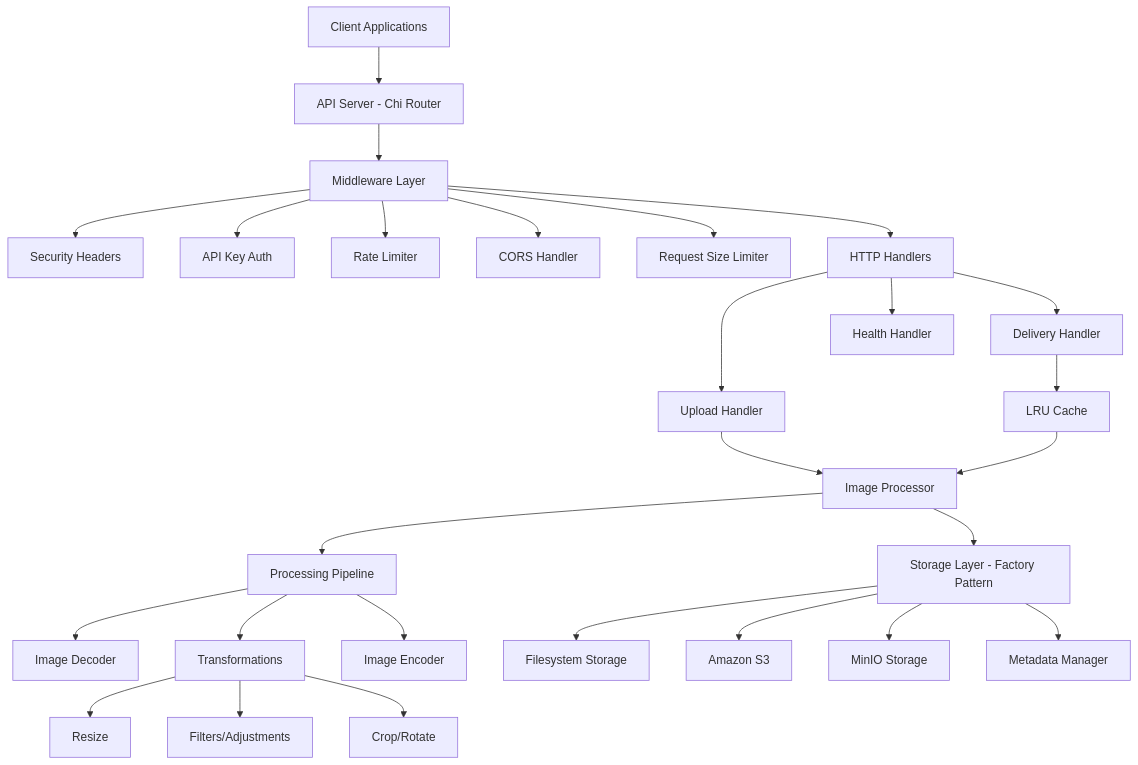
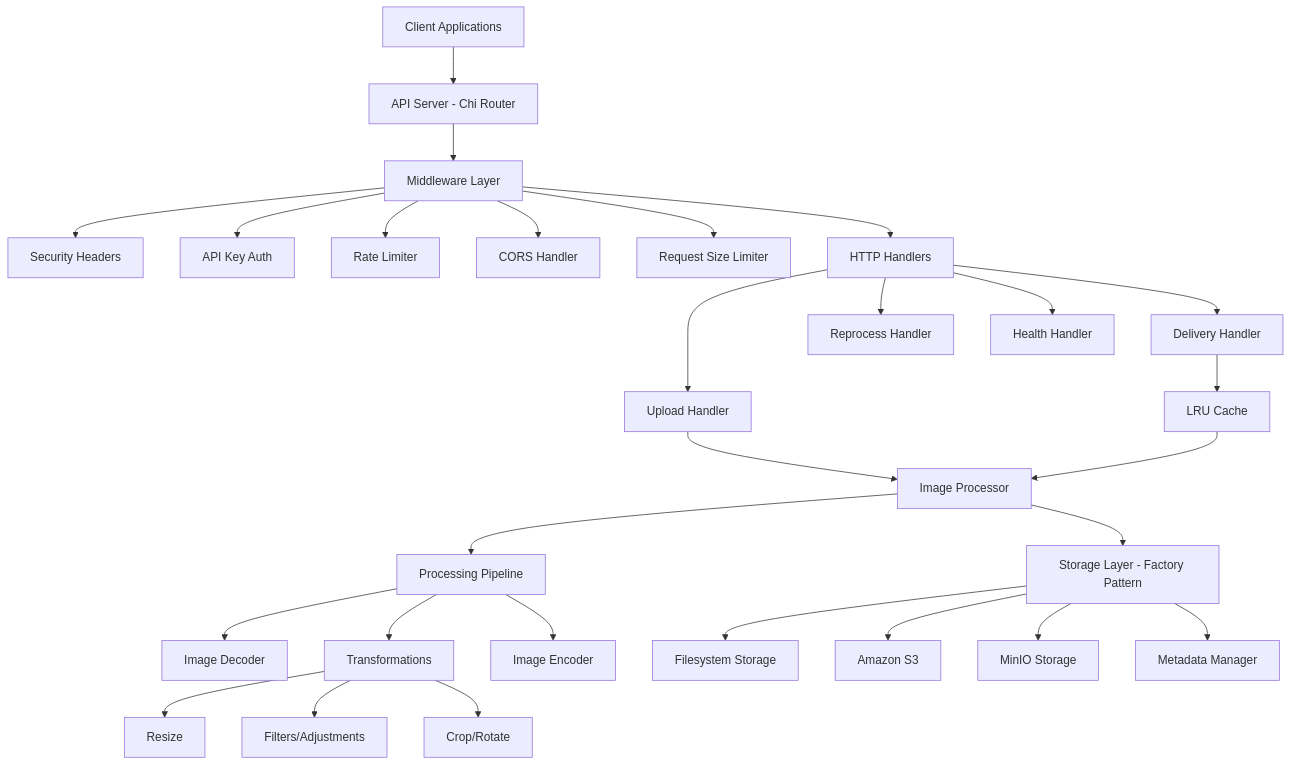
The diagram in README.md (birdple/falco), drawn with Mermaid before and after one commit. The commit also changed other lines of this file and 6 other files, not shown here.

````diff
--- a/README.md
+++ b/README.md
@@ -719,36 +812,37 @@
 ```mermaid
 graph TB
     Client[Client Applications] --> API[API Server - Chi Router]
 
     API --> MW[Middleware Layer]
     MW --> Security[Security Headers]
     MW --> Auth[API Key Auth]
     MW --> RateLimit[Rate Limiter]
     MW --> CORS[CORS Handler]
     MW --> SizeLimit[Request Size Limiter]
 
     MW --> Handlers[HTTP Handlers]
     Handlers --> Upload[Upload Handler]
     Handlers --> Delivery[Delivery Handler]
+    Handlers --> Reprocess[Reprocess Handler]
     Handlers --> Health[Health Handler]
 
     Upload --> Processor[Image Processor]
     Delivery --> Cache[LRU Cache]
     Cache --> Processor
 
     Processor --> Pipeline[Processing Pipeline]
     Pipeline --> Decoder[Image Decoder]
     Pipeline --> Transform[Transformations]
     Pipeline --> Encoder[Image Encoder]
 
     Transform --> Resize[Resize]
     Transform --> Filters[Filters/Adjustments]
     Transform --> Crop[Crop/Rotate]
 
     Processor --> Storage[Storage Layer - Factory Pattern]
     Storage --> FS[Filesystem Storage]
     Storage --> S3[Amazon S3]
     Storage --> MinIO[MinIO Storage]
 
     Storage --> Metadata[Metadata Manager]
 ```
````
